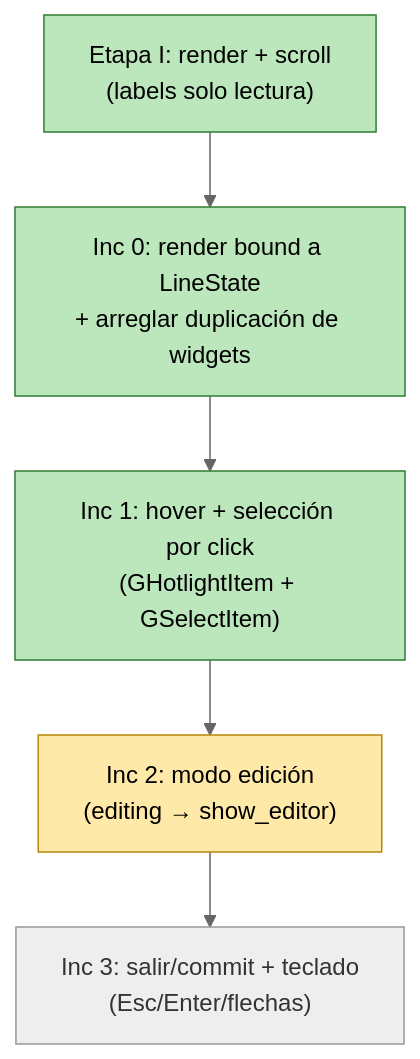
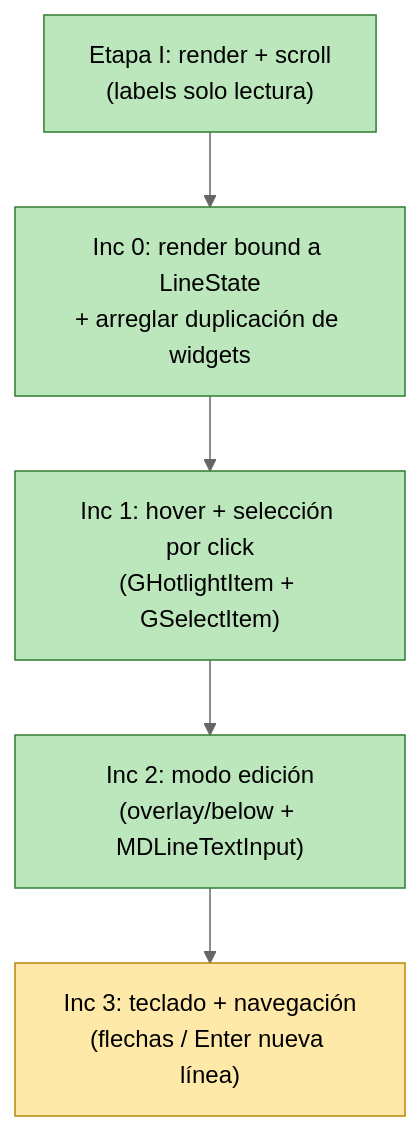
One commit to martin-bellanca/kivy_mpe_widgets changed the fourth of 4 diagrams in kivy_mpbe_widgets/wg_markdown2/docs/arquitectura.md. Above: the diagram before and after it, drawn with Mermaid (neutral theme). The commit also changed other lines of this file and 2 other files, not shown here.

First line of the commit message:
feat(wg_markdown2): Inc 2 - modo edición de líneas

````diff
--- a/kivy_mpbe_widgets/wg_markdown2/docs/arquitectura.md
+++ b/kivy_mpbe_widgets/wg_markdown2/docs/arquitectura.md
@@ -211,14 +211,14 @@
 ```mermaid
 flowchart TD
     E1["Etapa I: render + scroll<br/>(labels solo lectura)"]:::done
     I0["Inc 0: render bound a LineState<br/>+ arreglar duplicación de widgets"]:::done
     I1["Inc 1: hover + selección por click<br/>(GHotlightItem + GSelectItem)"]:::done
-    I2["Inc 2: modo edición<br/>(editing → show_editor)"]:::wip
-    I3["Inc 3: salir/commit + teclado<br/>(Esc/Enter/flechas)"]:::todo
+    I2["Inc 2: modo edición<br/>(overlay/below + MDLineTextInput)"]:::done
+    I3["Inc 3: teclado + navegación<br/>(flechas / Enter nueva línea)"]:::wip
 
     E1 --> I0 --> I1 --> I2 --> I3
 
     classDef done fill:#bce6bc,stroke:#2e7d32,color:#000;
     classDef wip fill:#ffe9a8,stroke:#b8860b,color:#000;
     classDef todo fill:#eeeeee,stroke:#999,color:#333;
 ```
````
